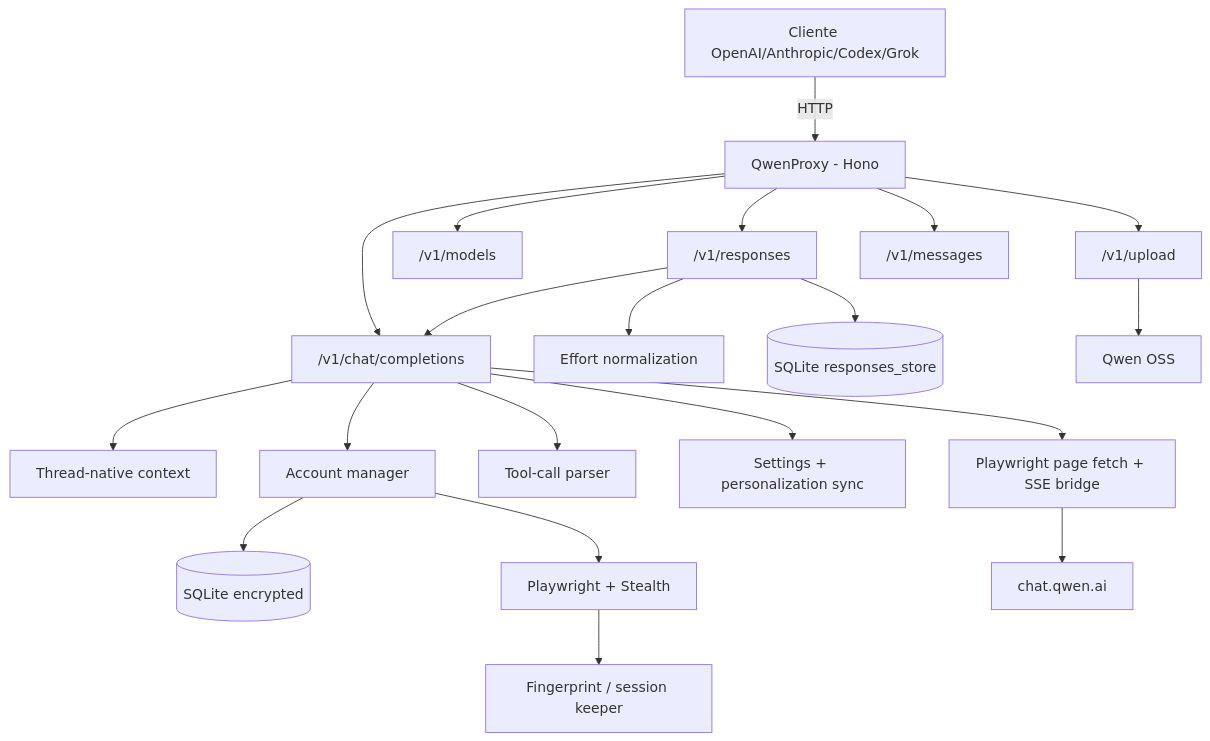
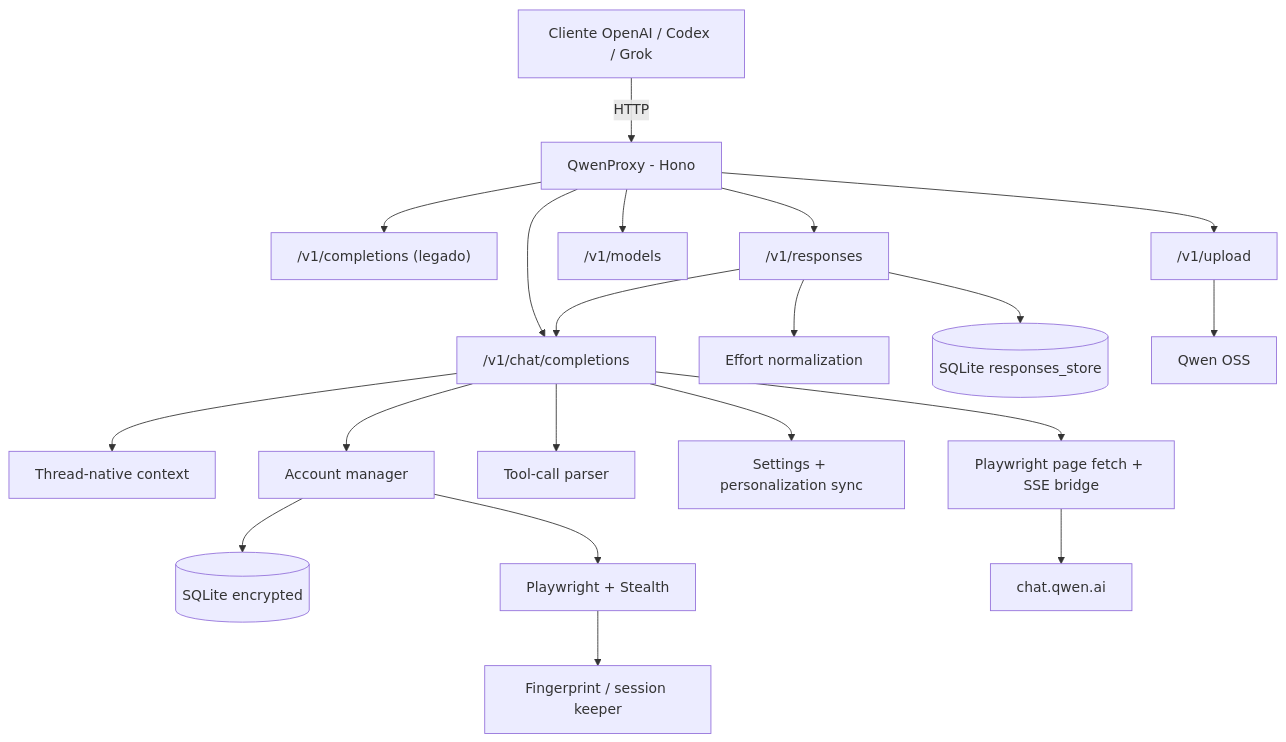
One commit to johngbl/qwenproxy changed the diagram in README.md. Above: the diagram before and after it, drawn with Mermaid. The commit also changed other lines of this file and 31 other files, not shown here.

````diff
--- a/README.md
+++ b/README.md
@@ -39,22 +38,22 @@
 ```mermaid
 flowchart TD
-    Client["Cliente OpenAI/Anthropic/Codex/Grok"] -->|HTTP| Proxy["QwenProxy - Hono"]
+    Client["Cliente OpenAI / Codex / Grok"] -->|HTTP| Proxy["QwenProxy - Hono"]
     Proxy --> Chat["/v1/chat/completions"]
+    Proxy --> Completions["/v1/completions (legado)"]
     Proxy --> Responses["/v1/responses"]
     Proxy --> Models["/v1/models"]
     Proxy --> Upload["/v1/upload"]
-    Proxy --> Anthropic["/v1/messages"]
     Chat --> Context["Thread-native context"]
     Responses --> Chat
     Responses --> Effort["Effort normalization"]
     Responses --> State[("SQLite responses_store")]
     Chat --> Accounts["Account manager"]
     Accounts --> DB[("SQLite encrypted")]
     Accounts --> Playwright["Playwright + Stealth"]
     Playwright --> Fingerprint["Fingerprint / session keeper"]
     Chat --> Parser["Tool-call parser"]
     Chat --> Personalization["Settings + personalization sync"]
     Chat --> BrowserTransport["Playwright page fetch + SSE bridge"]
     BrowserTransport --> Qwen["chat.qwen.ai"]
     Upload --> OSS["Qwen OSS"]
 ```
````
